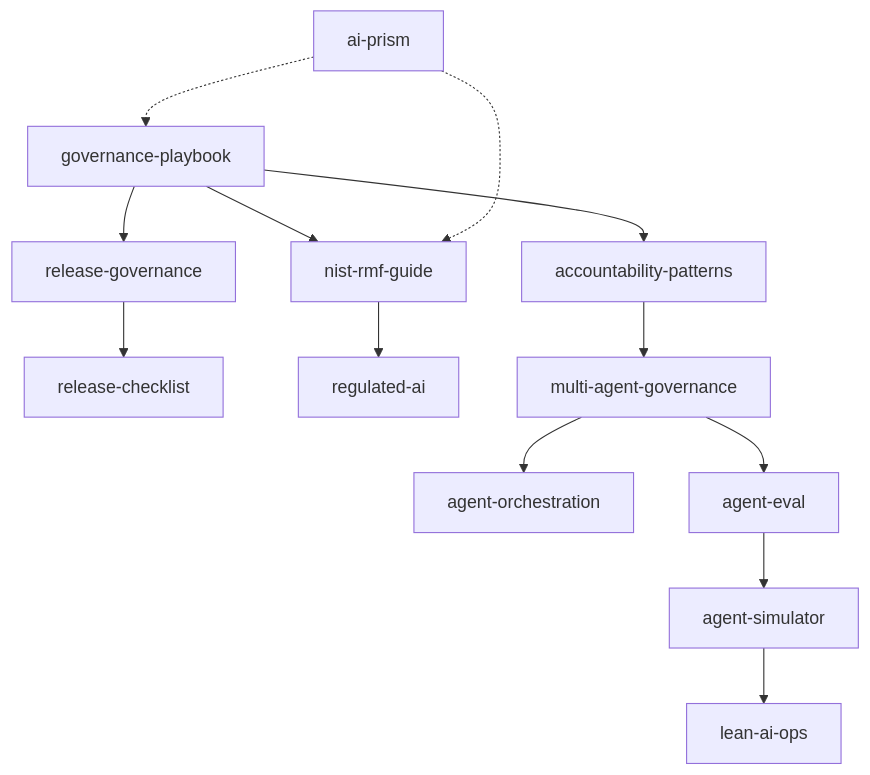
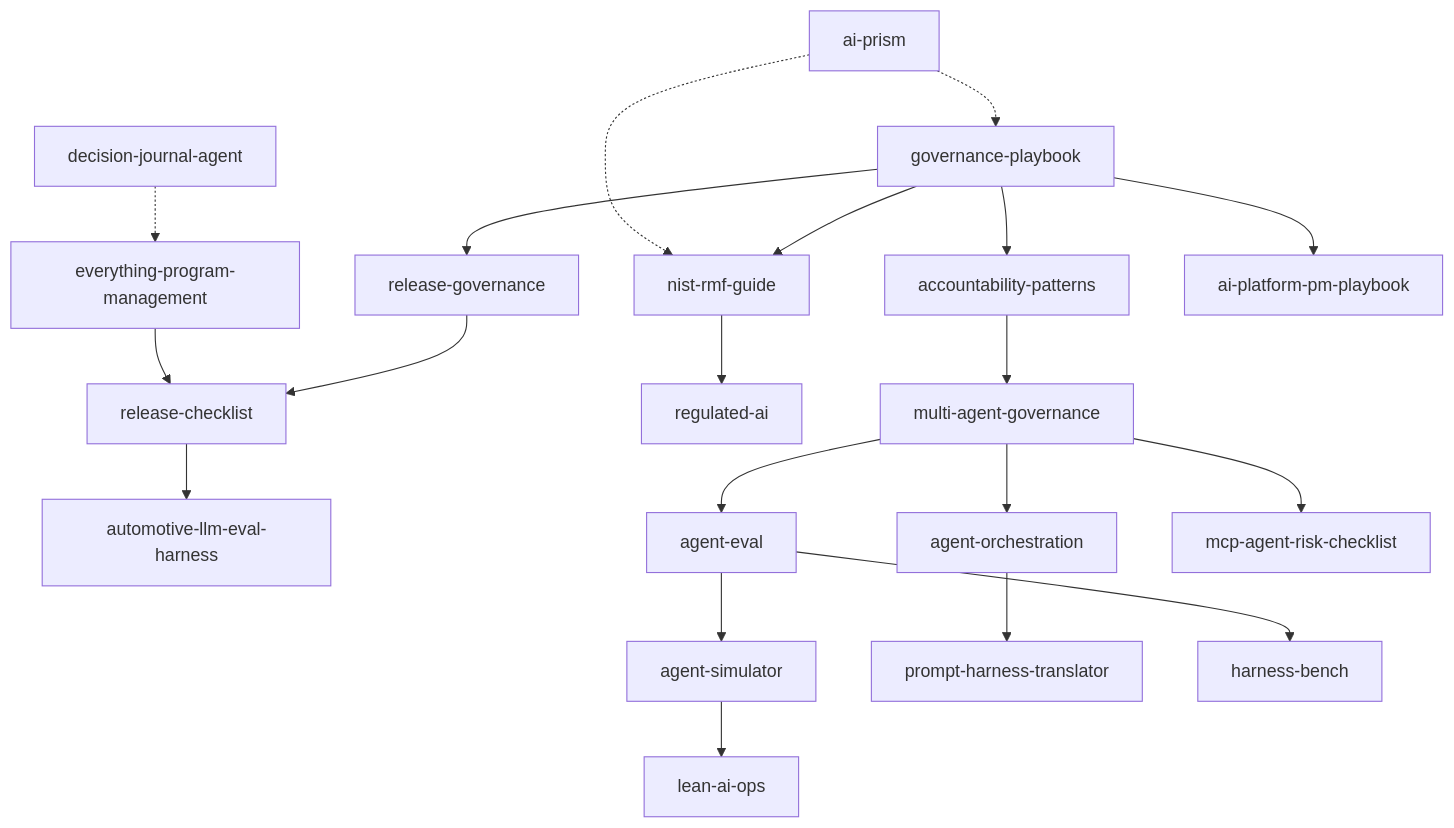
The diagram in README.md (simaba/simaba), drawn with Mermaid before and after one commit. The commit also changed other lines of this file, not shown here.

````diff
--- a/README.md
+++ b/README.md
@@ -72,28 +95,42 @@
 ```mermaid
 flowchart TD
     GOV["governance-playbook"]
     NIST["nist-rmf-guide"]
     RELGOV["release-governance"]
     RELCHK["release-checklist"]
+    AUTOEVAL["automotive-llm-eval-harness"]
+    EPM["everything-program-management"]
     STARTER["regulated-ai"]
     ACC["accountability-patterns"]
     MAGOV["multi-agent-governance"]
     ORCH["agent-orchestration"]
     EVAL["agent-eval"]
     SIM["agent-simulator"]
+    PLATFORM["ai-platform-pm-playbook"]
+    MCP["mcp-agent-risk-checklist"]
+    TRANS["prompt-harness-translator"]
+    BENCH["harness-bench"]
+    DECISION["decision-journal-agent"]
     LSS["lean-ai-ops"]
     PRISM["ai-prism"]
 
     GOV --> RELGOV
     GOV --> NIST
     GOV --> ACC
+    GOV --> PLATFORM
     RELGOV --> RELCHK
+    RELCHK --> AUTOEVAL
+    EPM --> RELCHK
     NIST --> STARTER
     ACC --> MAGOV
     MAGOV --> ORCH
     MAGOV --> EVAL
+    MAGOV --> MCP
     EVAL --> SIM
+    EVAL --> BENCH
+    ORCH --> TRANS
+    DECISION -.-> EPM
     SIM --> LSS
     PRISM -.-> GOV
     PRISM -.-> NIST
 ```
````
